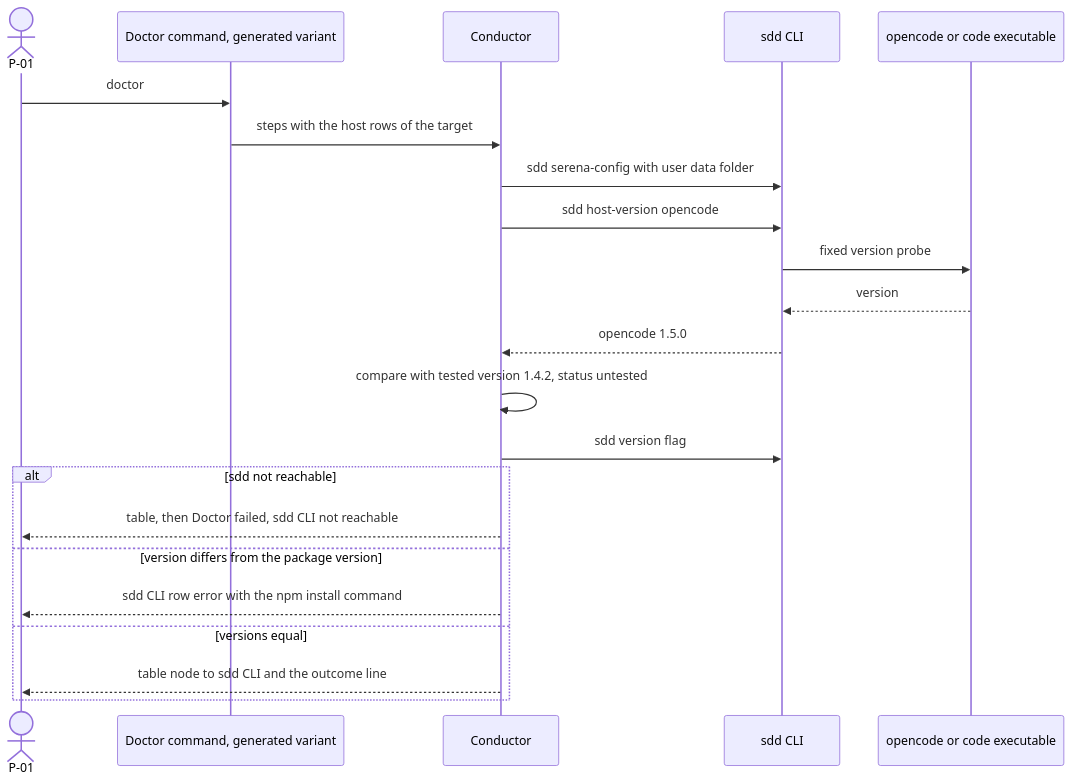
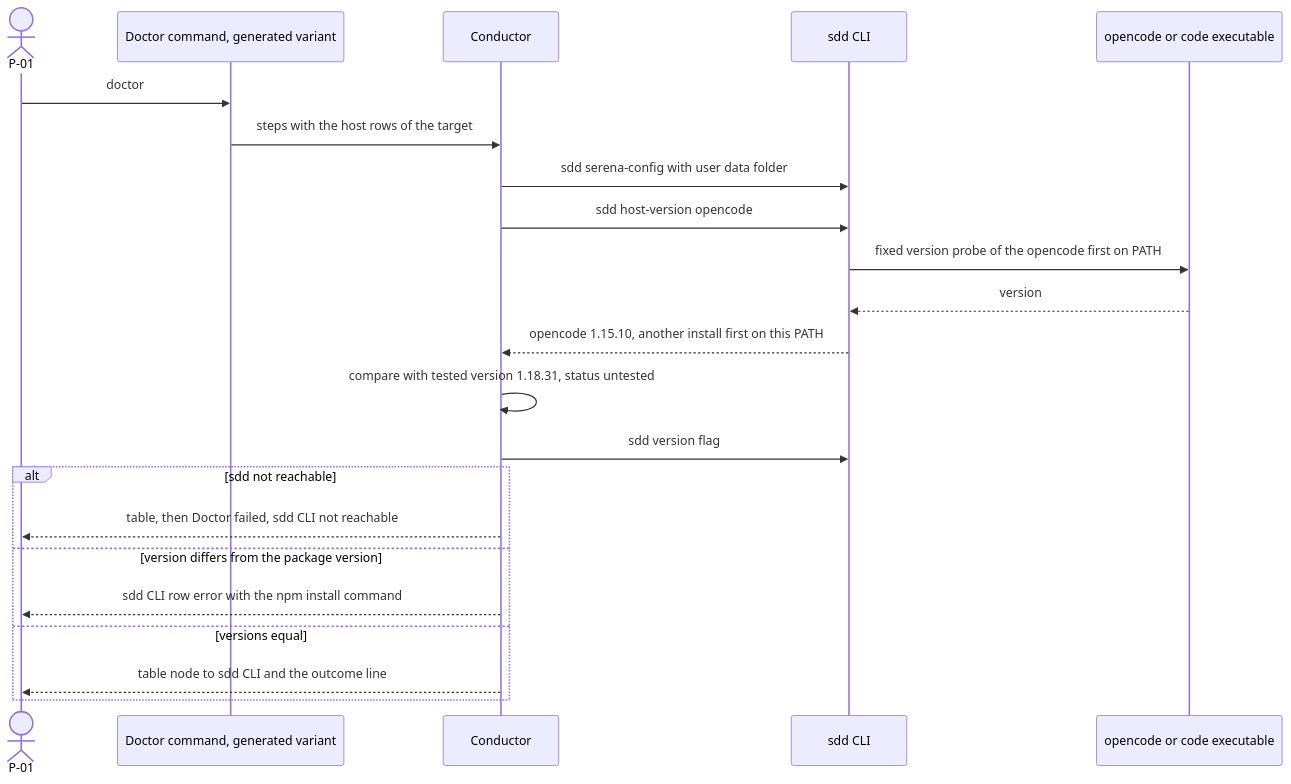
One commit to jlacube/spec-architect changed the ninth of 15 diagrams in .sdd/002-multi-platform-targets/10-spec/60-architecture/architecture.md. Above: the diagram before and after it, drawn with Mermaid. The commit also changed other lines of this file and 15 other files, not shown here.

````diff
--- a/.sdd/002-multi-platform-targets/10-spec/60-architecture/architecture.md
+++ b/.sdd/002-multi-platform-targets/10-spec/60-architecture/architecture.md
@@ -680,25 +692,25 @@
 ```mermaid
 sequenceDiagram
   %% F8 doctor with host rows. Realizes C002-TS-506 C002-TS-509 C002-TS-513 C002-TS-515 C002-TS-516
   actor P01 as P-01
   participant C002_COMP_015 as Doctor command, generated variant
   participant C002_COMP_014 as Conductor
   participant C002_COMP_018 as sdd CLI
   participant HOST as opencode or code executable
   P01->>C002_COMP_015: doctor
   C002_COMP_015->>C002_COMP_014: steps with the host rows of the target
   C002_COMP_014->>C002_COMP_018: sdd serena-config with user data folder
   C002_COMP_014->>C002_COMP_018: sdd host-version opencode
-  C002_COMP_018->>HOST: fixed version probe
+  C002_COMP_018->>HOST: fixed version probe of the opencode first on PATH
   HOST-->>C002_COMP_018: version
-  C002_COMP_018-->>C002_COMP_014: opencode 1.5.0
-  C002_COMP_014->>C002_COMP_014: compare with tested version 1.4.2, status untested
+  C002_COMP_018-->>C002_COMP_014: opencode 1.15.10, another install first on this PATH
+  C002_COMP_014->>C002_COMP_014: compare with tested version 1.18.31, status untested
   C002_COMP_014->>C002_COMP_018: sdd version flag
   alt sdd not reachable
     C002_COMP_014-->>P01: table, then Doctor failed, sdd CLI not reachable
   else version differs from the package version
     C002_COMP_014-->>P01: sdd CLI row error with the npm install command
   else versions equal
     C002_COMP_014-->>P01: table node to sdd CLI and the outcome line
   end
 ```
````
